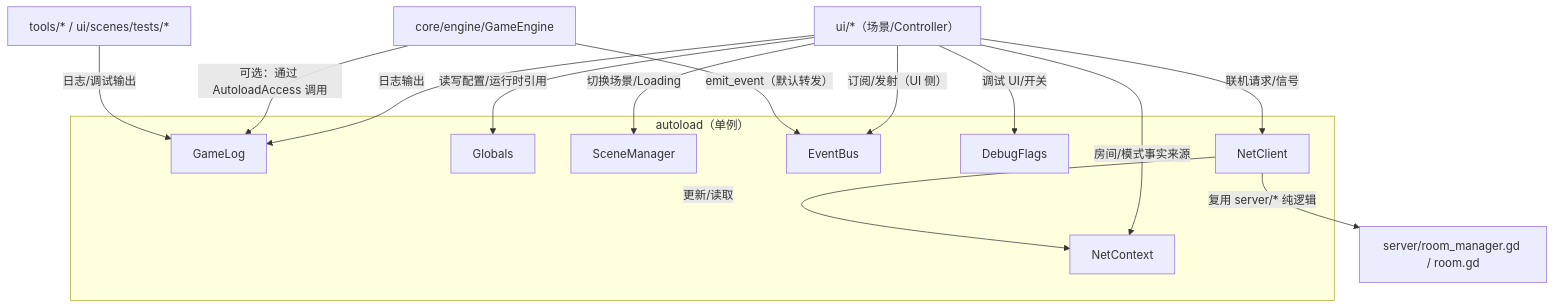
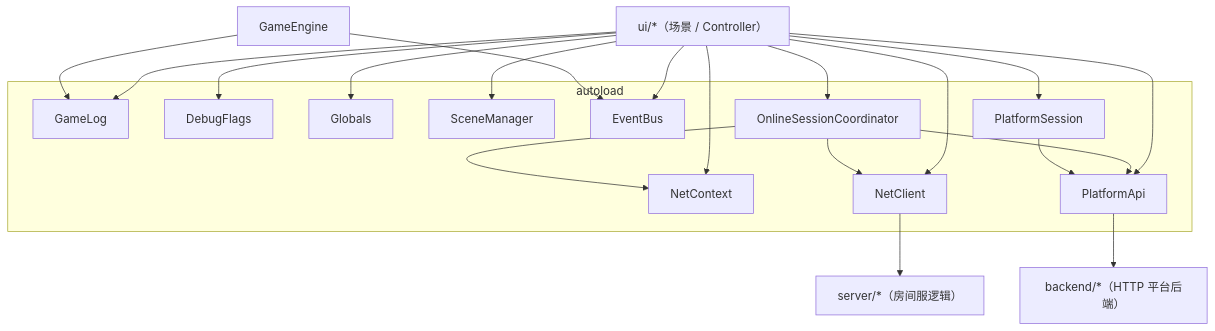
Before and after one commit to ygowill/food_chain_magnate: the diagram in docs/architecture/10-autoload.md, drawn with Mermaid. The commit also changed other lines of this file and 82 other files, not shown here.

Commit message:
docs: reorganize documentation structure and refresh architecture docs

````diff
--- a/docs/architecture/10-autoload.md
+++ b/docs/architecture/10-autoload.md
@@ -17,32 +20,41 @@
 ```mermaid
 flowchart TB
-  UI["ui/*（场景/Controller）"]
-  GE["core/engine/GameEngine"]
-  TOOLS["tools/* / ui/scenes/tests/*"]
+  UI["ui/*（场景 / Controller）"]
+  GE["GameEngine"]
+  SERVER["server/*（房间服逻辑）"]
+  BACKEND["backend/*（HTTP 平台后端）"]
 
-  subgraph AL["autoload（单例）"]
+  subgraph AL["autoload"]
     GL["GameLog"]
+    DF["DebugFlags"]
     G["Globals"]
     SM["SceneManager"]
     EB["EventBus"]
-    DF["DebugFlags"]
+    NX["NetContext"]
     NC["NetClient"]
-    NX["NetContext"]
+    OSC["OnlineSessionCoordinator"]
+    API["PlatformApi"]
+    PS["PlatformSession"]
   end
 
-  UI -->|"读写配置/运行时引用"| G
-  UI -->|"切换场景/Loading"| SM
-  UI -->|"订阅/发射（UI 侧）"| EB
-  UI -->|"调试 UI/开关"| DF
-  UI -->|"联机请求/信号"| NC
-  UI -->|"房间/模式事实来源"| NX
-  UI -->|"日志输出"| GL
+  UI --> G
+  UI --> SM
+  UI --> EB
+  UI --> NX
+  UI --> NC
+  UI --> OSC
+  UI --> API
+  UI --> PS
+  UI --> GL
+  UI --> DF
 
-  GE -->|"emit_event（默认转发）"| EB
-  GE -->|"可选：通过 AutoloadAccess 调用"| GL
+  GE --> EB
+  GE --> GL
 
-  NC -->|"复用 server/* 纯逻辑"| SVR["server/room_manager.gd / room.gd"]
-  NC -->|"更新/读取"| NX
-
-  TOOLS -->|"日志/调试输出"| GL
+  NC --> SERVER
+  API --> BACKEND
+  OSC --> API
+  OSC --> NC
+  OSC --> NX
+  PS --> API
 ```
````
